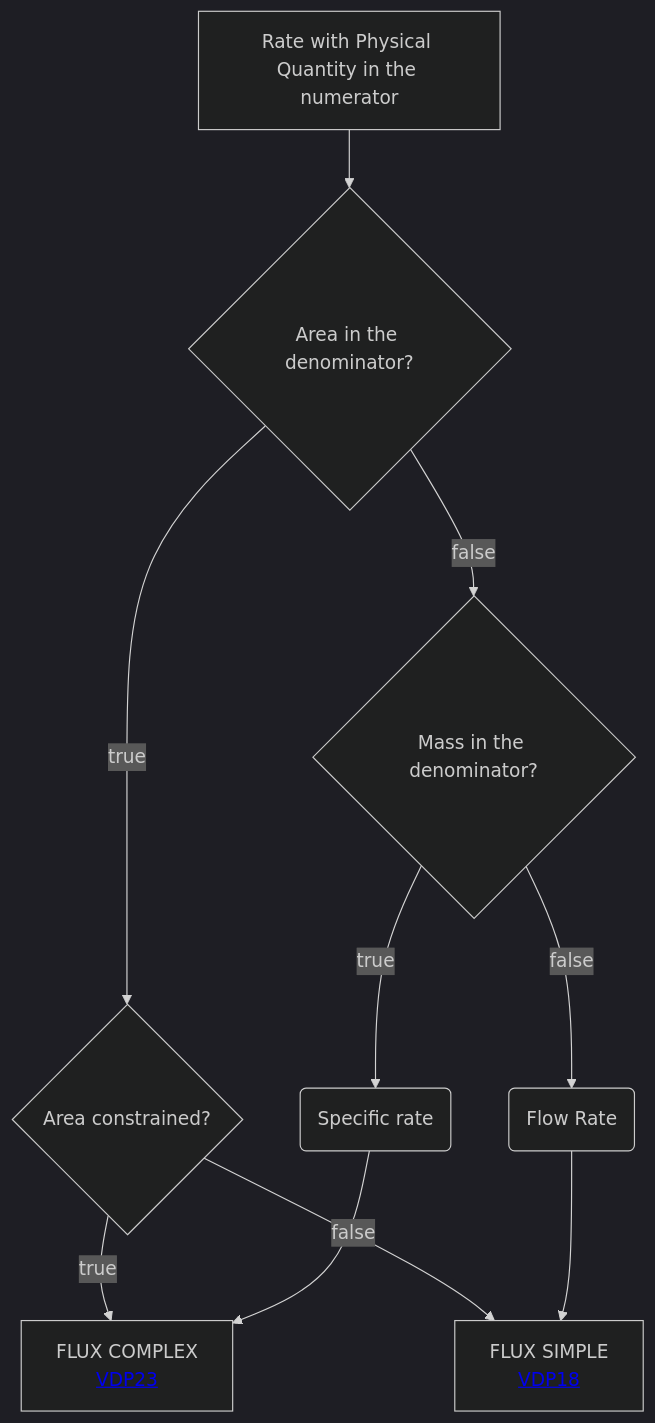
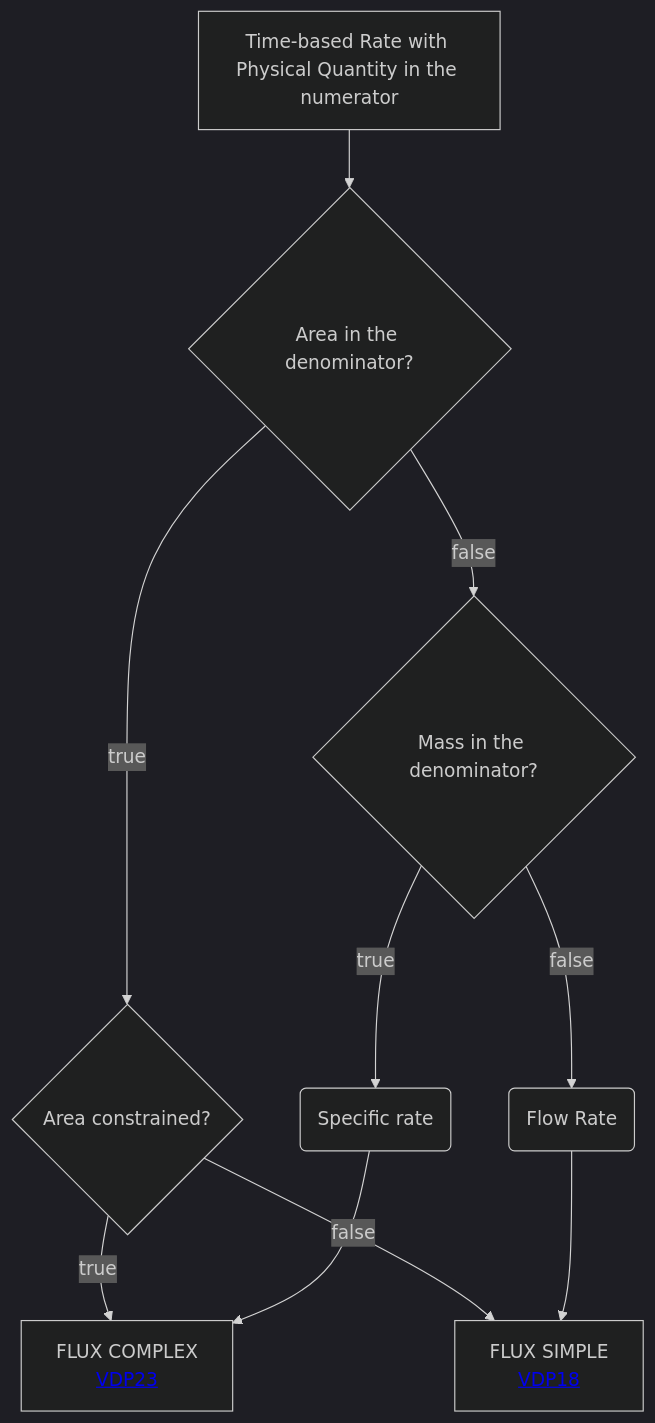
The diagram in Decisition_trees/DT3.mmd (mabablue/I-ADOPT-patterns-playground), drawn with Mermaid (dark theme) before and after one commit.

```diff
--- a/Decisition_trees/DT3.mmd
+++ b/Decisition_trees/DT3.mmd
@@ -1,10 +1,10 @@
 flowchart TD
-    A[Rate with Physical Quantity in the numerator] --> E{Area in the denominator?}
+    A[Time-based Rate with Physical Quantity in the numerator] --> E{Area in the denominator?}
     E --> |true|F{Area constrained?}
     E --> |false|K{Mass in the denominator?} 
     F --> |true|G[FLUX COMPLEX <br> <a href='https://github.com/mabablue/I-ADOPT-patterns-playground/blob/main/pattern/VDP23.yaml'>VDP23</a>]
     F --> |false|H[FLUX SIMPLE <br> <a href='https://github.com/mabablue/I-ADOPT-patterns-playground/blob/main/pattern/VDP18.yaml'>VDP18</a>]
     K --> |true|L(Specific rate)
     L --> G
     K --> |false|M(Flow Rate)
     M --> H
```
